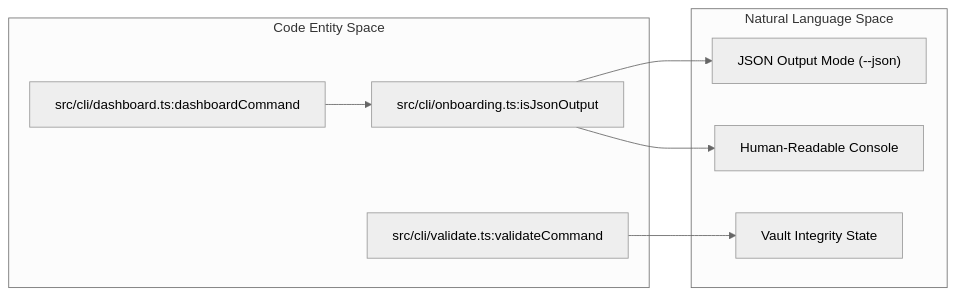
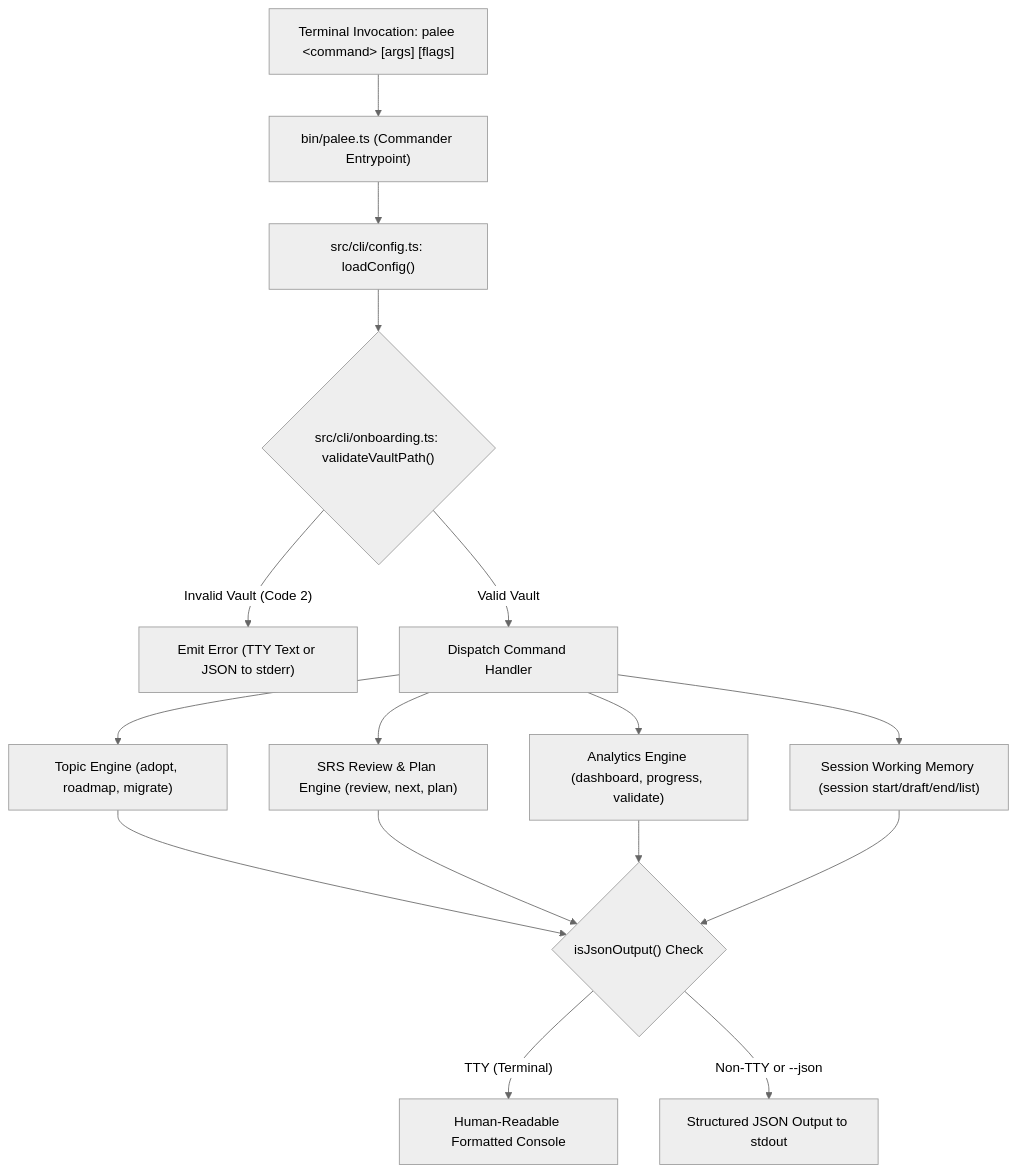
One commit to Kuldeep2822k/cli changed the diagram in docs/02-0-cli-commands.md. Above: the diagram before and after it, drawn with Mermaid (neutral theme). The commit also changed other lines of this file and 27 other files, not shown here.

````diff
--- a/docs/02-0-cli-commands.md
+++ b/docs/02-0-cli-commands.md
@@ -104,17 +37,18 @@
 ```mermaid
-flowchart LR
-    subgraph subGraph1 ["Natural Language Space"]
-        JSON["JSON Output Mode (--json)"]
-        TTY["Human-Readable Console"]
-        Valid["Vault Integrity State"]
-    end
-    subgraph subGraph0 ["Code Entity Space"]
-        ValCmd["src/cli/validate.ts:validateCommand"]
-        Onboard["src/cli/onboarding.ts:isJsonOutput"]
-        DashCmd["src/cli/dashboard.ts:dashboardCommand"]
-    end
-    ValCmd --> Valid
-    DashCmd --> Onboard
-    Onboard --> JSON
-    Onboard --> TTY
+flowchart TD
+    User["Terminal Invocation: palee &lt;command&gt; [args] [flags]"] --> Entry["bin/palee.ts (Commander Entrypoint)"]
+    Entry --> LoadCfg["src/cli/config.ts: loadConfig()"]
+    LoadCfg --> ValidVault{"src/cli/onboarding.ts: validateVaultPath()"}
+    
+    ValidVault -->|"Invalid Vault (Code 2)"| ErrVault["Emit Error (TTY Text or JSON to stderr)"]
+    ValidVault -->|"Valid Vault"| Dispatcher["Dispatch Command Handler"]
+    
+    Dispatcher --> TopEng["Topic Engine (adopt, roadmap, migrate)"]
+    Dispatcher --> SrsEng["SRS Review & Plan Engine (review, next, plan)"]
+    Dispatcher --> RepEng["Analytics Engine (dashboard, progress, validate)"]
+    Dispatcher --> SessEng["Session Working Memory (session start/draft/end/list)"]
+    
+    TopEng & SrsEng & RepEng & SessEng --> OutCheck{"isJsonOutput() Check"}
+    OutCheck -->|"TTY (Terminal)"| TTYOut["Human-Readable Formatted Console"]
+    OutCheck -->|"Non-TTY or --json"| JsonOut["Structured JSON Output to stdout"]
 ```
````
